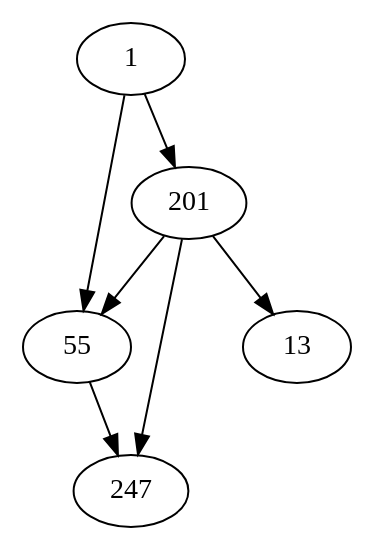
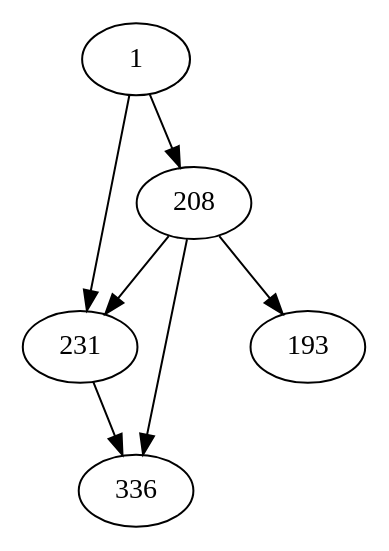
Before and after one commit to lifelike/gamebookformat: the diagram in expected/references.dot, drawn with Graphviz. The commit also changed 36 other files, not shown here.

```diff
--- a/expected/references.dot
+++ b/expected/references.dot
@@ -1,12 +1,12 @@
 digraph gamebook {
 
- 1->201
+ 1->231
 
-1->55
-55->247
-201->13
+1->208
+208->231
 
-201->247
+208->336
 
-201->55
+208->193
+231->336
 }
```
